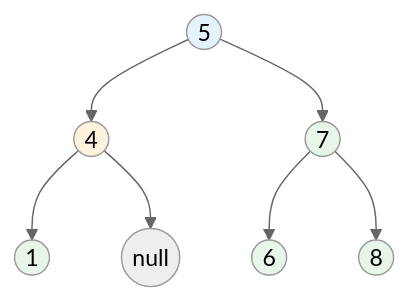
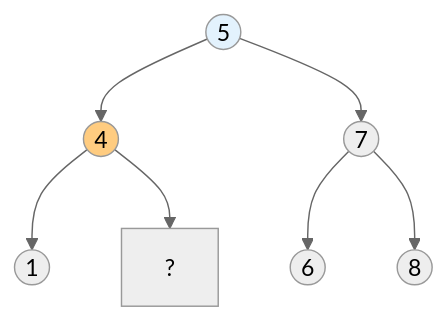
Before and after one commit to hemy08/hemynotes: diagram 28 of 31 in docs/030-数据结构与算法/200-树结构/002-二叉搜索树.md, drawn with Mermaid (neutral theme). The commit also changed other lines of this file and 91 other files, not shown here.

````diff
--- a/docs/030-数据结构与算法/200-树结构/002-二叉搜索树.md
+++ b/docs/030-数据结构与算法/200-树结构/002-二叉搜索树.md
@@ -620,16 +601,12 @@
 ```mermaid
 graph TB
-    A((5)) --> B((4))
-    A --> C((7))
-    B --> D((1))
-    B --> E((null))
-    C --> F((6))
-    C --> G((8))
+    5((5)) --> 4((4))
+    5 --> 7((7))
+    4 --> 1((1))
+    4 --> ?
+    7 --> 6((6))
+    7 --> 8((8))
     
-    style A fill:#E3F2FD
-    style B fill:#FFF3E0
-    style C fill:#E8F5E9
-    style D fill:#E8F5E9
-    style F fill:#E8F5E9
-    style G fill:#E8F5E9
+    style 5 fill:#E3F2FD
+    style 4 fill:#FFCC80
 ```
````
